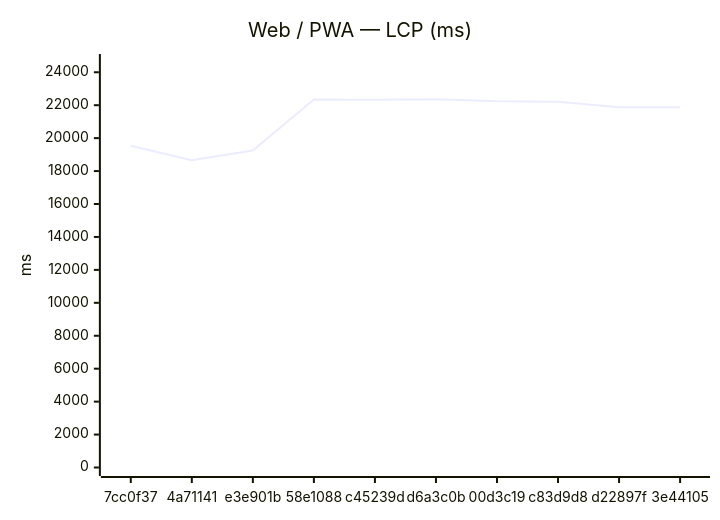
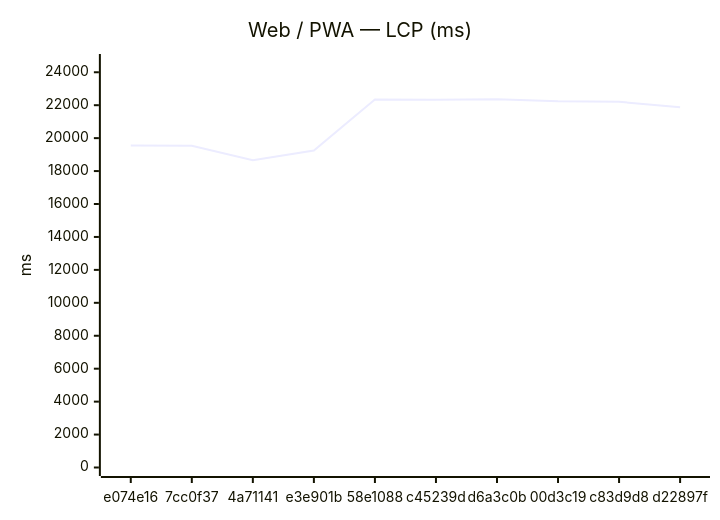
One commit to Metaheurist/Rianell changed the first of 18 diagrams in benchmarks/compare.md. Above: the diagram before and after it, drawn with Mermaid. The commit also changed other lines of this file and 11 other files, not shown here.

````diff
--- a/benchmarks/compare.md
+++ b/benchmarks/compare.md
@@ -24,7 +24,7 @@
 ```mermaid
 xychart-beta
     title "Web / PWA — LCP (ms)"
-    x-axis ["7cc0f37", "4a71141", "e3e901b", "58e1088", "c45239d", "d6a3c0b", "00d3c19", "c83d9d8", "d22897f", "3e44105"]
+    x-axis ["e074e16", "7cc0f37", "4a71141", "e3e901b", "58e1088", "c45239d", "d6a3c0b", "00d3c19", "c83d9d8", "d22897f"]
     y-axis "ms" 0 --> 24593
-    line [19542, 18663, 19248, 22351, 22326, 22357, 22240, 22209, 21878, 21870]
+    line [19549, 19542, 18663, 19248, 22351, 22326, 22357, 22240, 22209, 21878]
 ```
````
